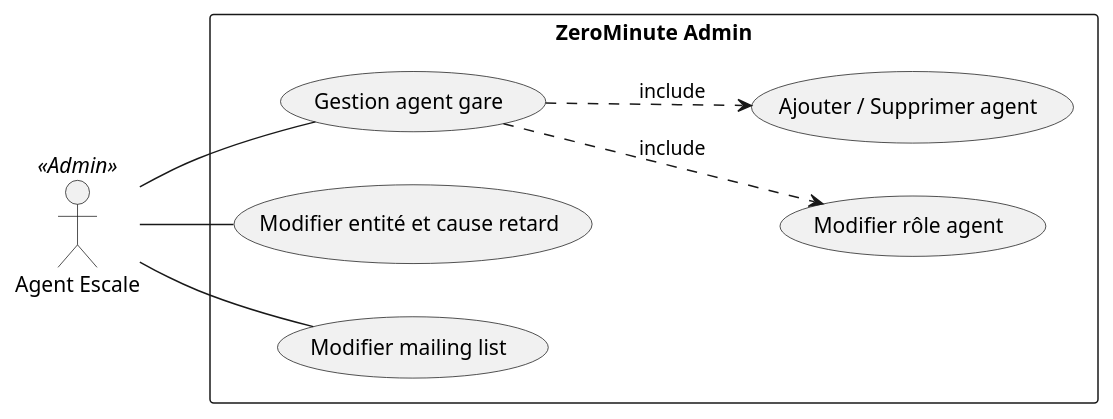
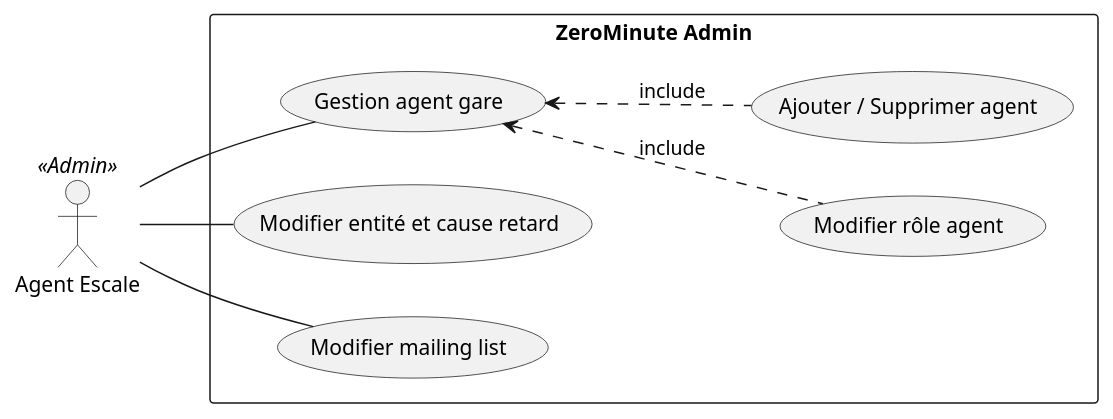
The diagram in files/diagrams/zero-minute-admin.pu (MonsieurMan/ReportBuilder), drawn with PlantUML before and after one commit. The commit also changed 7 other files, not shown here.

```diff
--- a/files/diagrams/zero-minute-admin.pu
+++ b/files/diagrams/zero-minute-admin.pu
@@ -1,19 +1,19 @@
 @startuml zerominute-usecase
 
 left to right direction
 skinparam packageStyle rectangle
 skinparam monochrome true
 skinparam shadowing false
 
 :Agent Escale: as ASC <<Admin>>
 
 rectangle "ZeroMinute Admin" {
     (Gestion agent gare) as gest
-    gest .down.> (Modifier rôle agent) : include
-    gest .down.> (Ajouter / Supprimer agent) : include
+    gest <.down. (Modifier rôle agent) : include
+    gest <.down. (Ajouter / Supprimer agent) : include
     
     ASC -- gest
     ASC -- (Modifier entité et cause retard)
     ASC -- (Modifier mailing list)
 }
 @enduml
```
